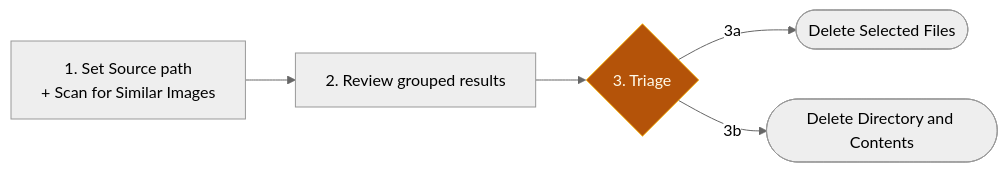
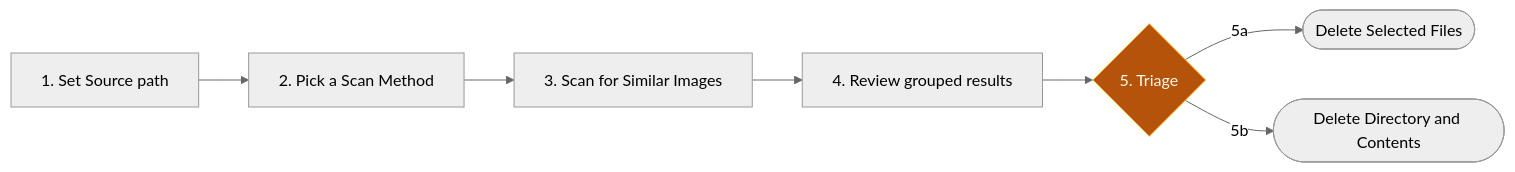
Before and after one commit to ACFHarbinger/Image-Toolkit: the fifth of 6 diagrams in docs/tutorials/workflows.md, drawn with Mermaid (neutral theme). The commit also changed other lines of this file and 37 other files, not shown here.

````diff
--- a/docs/tutorials/workflows.md
+++ b/docs/tutorials/workflows.md
@@ -167,9 +480,11 @@
 ```mermaid
 flowchart LR
-    A["1. Set Source path\n+ Scan for Similar Images"] --> B["2. Review grouped results"]
-    B --> C{3. Triage}
-    C -->|3a| D(["Delete Selected Files"])
-    C -->|3b| E(["Delete Directory and Contents"])
+    A["1. Set Source path"] --> B["2. Pick a Scan Method"]
+    B --> C["3. Scan for Similar Images"]
+    C --> D["4. Review grouped results"]
+    D --> E{5. Triage}
+    E -->|5a| F(["Delete Selected Files"])
+    E -->|5b| G(["Delete Directory and Contents"])
 
-    style C fill:#b45309,stroke:#fbbf24,color:#fffbeb
+    style E fill:#b45309,stroke:#fbbf24,color:#fffbeb
 ```
````
